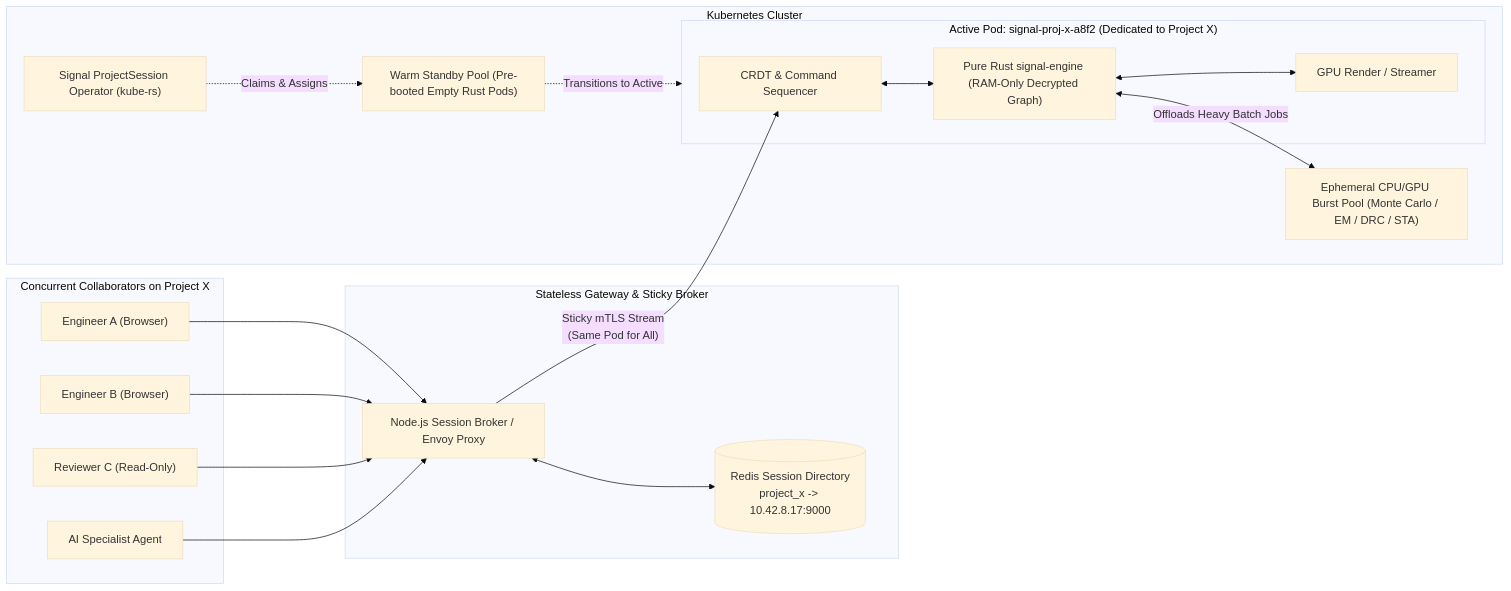
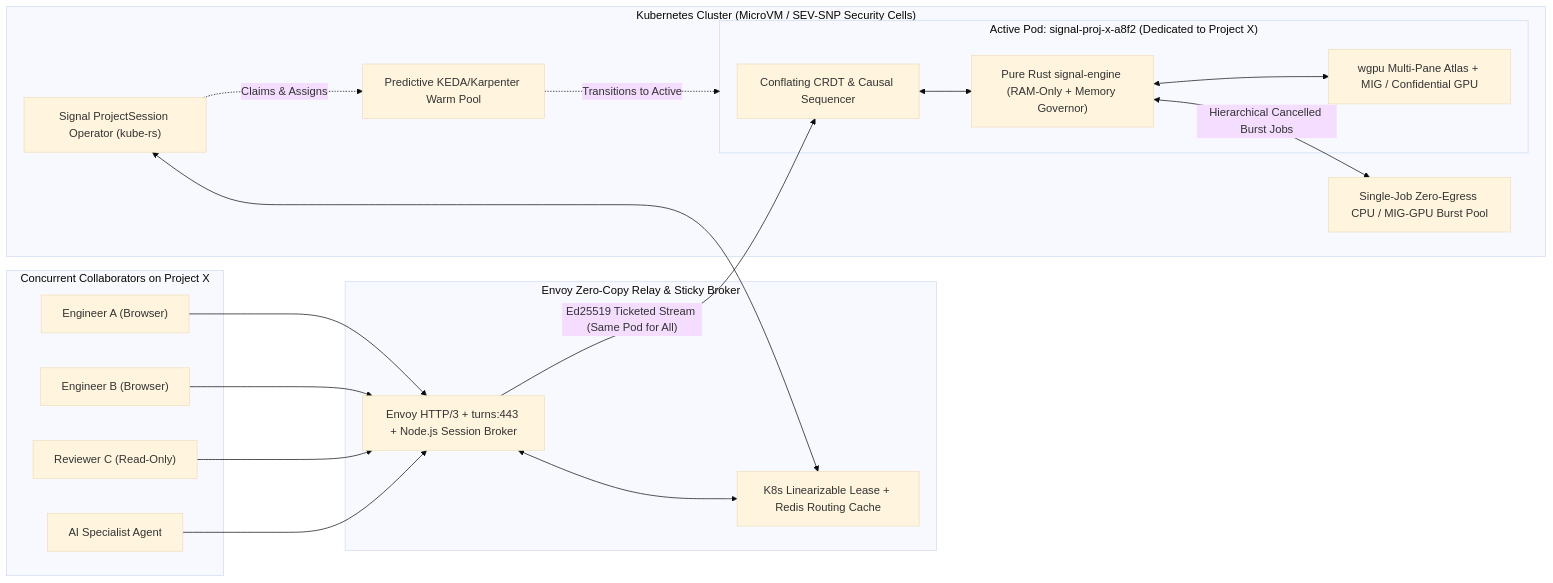
Before and after one commit to the-code-master/signal: the first of 2 diagrams in architecture/04-kubernetes-runtime-and-collaboration.md, drawn with Mermaid (base theme). The commit also changed other lines of this file and 22 other files, not shown here.

Commit message:
docs: resolve 112 architectural flaws, add 12 futuristic AI-EDA innovations, and complete 2-pass scrub

````diff
--- a/architecture/04-kubernetes-runtime-and-collaboration.md
+++ b/architecture/04-kubernetes-runtime-and-collaboration.md
@@ -15,37 +15,38 @@
 ```mermaid
 flowchart LR
     subgraph Clients["Concurrent Collaborators on Project X"]
         U1["Engineer A (Browser)"]
         U2["Engineer B (Browser)"]
         U3["Reviewer C (Read-Only)"]
         AI["AI Specialist Agent"]
     end
 
-    subgraph EdgeRouting["Stateless Gateway & Sticky Broker"]
-        Broker["Node.js Session Broker / Envoy Proxy"]
-        Dir[("Redis Session Directory\nproject_x -> 10.42.8.17:9000")]
+    subgraph EdgeRouting["Envoy Zero-Copy Relay & Sticky Broker"]
+        Broker["Envoy HTTP/3 + turns:443 + Node.js Session Broker"]
+        Dir["K8s Linearizable Lease + Redis Routing Cache"]
     end
 
-    subgraph K8s["Kubernetes Cluster"]
+    subgraph K8s["Kubernetes Cluster (MicroVM / SEV-SNP Security Cells)"]
         Op["Signal ProjectSession Operator (kube-rs)"]
         subgraph PodX["Active Pod: signal-proj-x-a8f2 (Dedicated to Project X)"]
-            Seq["CRDT & Command Sequencer"]
-            Eng["Pure Rust signal-engine (RAM-Only Decrypted Graph)"]
-            GPU["GPU Render / Streamer"]
+            Seq["Conflating CRDT & Causal Sequencer"]
+            Eng["Pure Rust signal-engine (RAM-Only + Memory Governor)"]
+            GPU["wgpu Multi-Pane Atlas + MIG / Confidential GPU"]
         end
-        Warm["Warm Standby Pool (Pre-booted Empty Rust Pods)"]
-        Burst["Ephemeral CPU/GPU Burst Pool (Monte Carlo / EM / DRC / STA)"]
+        Warm["Predictive KEDA/Karpenter Warm Pool"]
+        Burst["Single-Job Zero-Egress CPU / MIG-GPU Burst Pool"]
     end
 
     U1 --> Broker
     U2 --> Broker
     U3 --> Broker
     AI --> Broker
     Broker <--> Dir
-    Broker -->|"Sticky mTLS Stream\n(Same Pod for All)"| Seq
+    Op <--> Dir
+    Broker -->|"Ed25519 Ticketed Stream (Same Pod for All)"| Seq
     Seq <--> Eng
     Eng <--> GPU
     Op -.->|"Claims & Assigns"| Warm
     Warm -.->|"Transitions to Active"| PodX
-    Eng <-->|"Offloads Heavy Batch Jobs"| Burst
+    Eng <-->|"Hierarchical Cancelled Burst Jobs"| Burst
 ```
````
